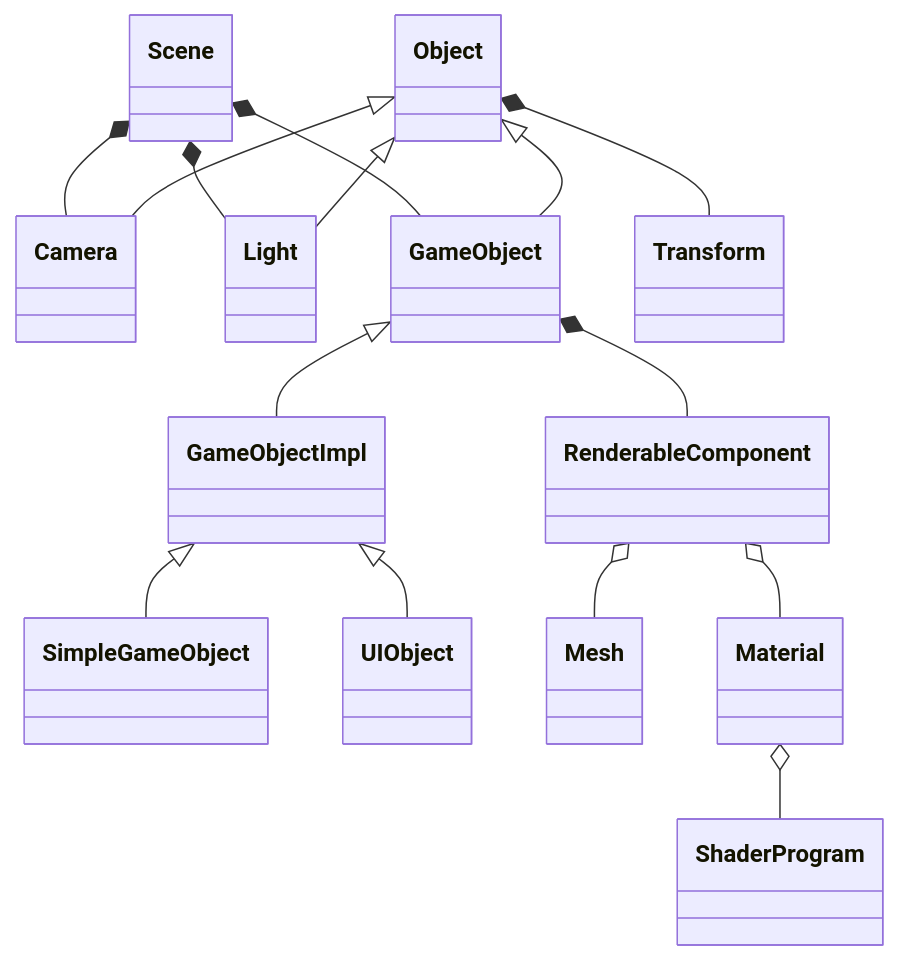
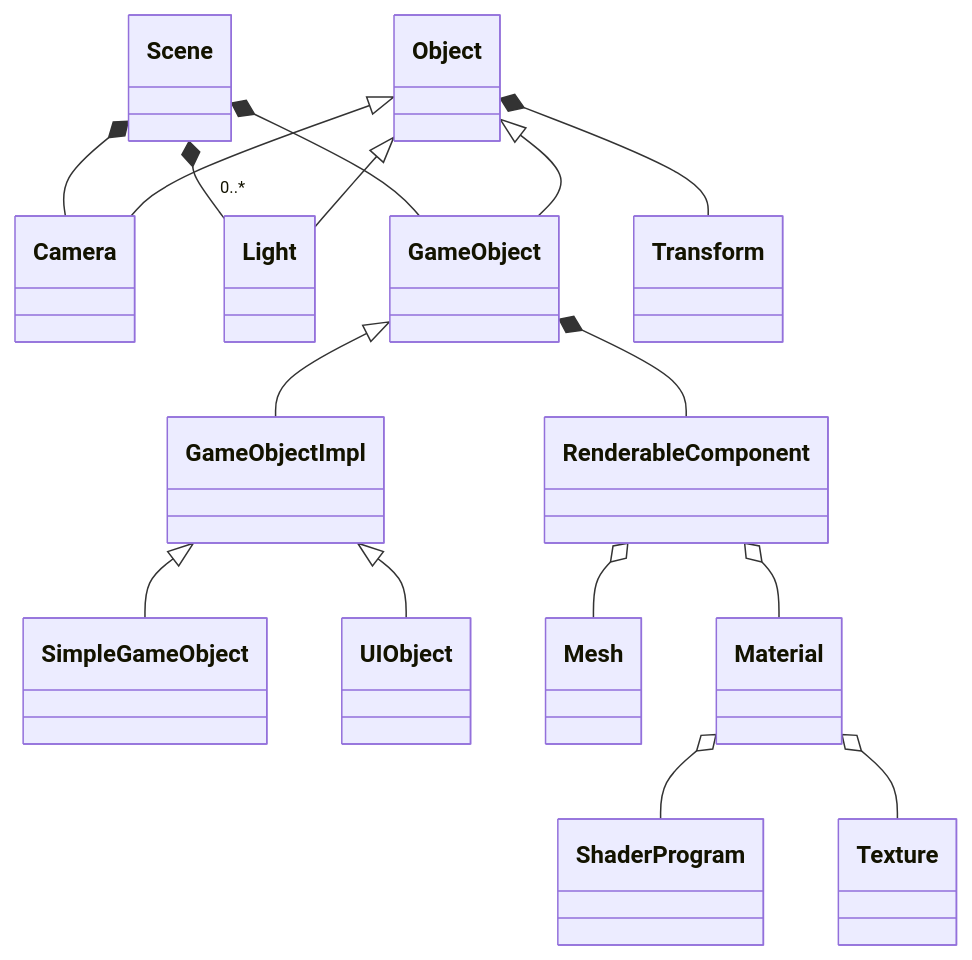
One commit to z8z6/slot changed the diagram in docs/scene/README.md. Above: the diagram before and after it, drawn with Mermaid. The commit also changed other lines of this file and 39 other files, not shown here.

````diff
--- a/docs/scene/README.md
+++ b/docs/scene/README.md
@@ -5,17 +5,18 @@
 ```mermaid
 classDiagram
     Scene *-- Camera
-    Scene *-- Light
+    Scene *-- "0..*" Light
     Scene *-- GameObject
     Object <|-- GameObject
     Object <|-- Camera
     Object <|-- Light
     GameObject <|-- GameObjectImpl
     GameObjectImpl <|-- SimpleGameObject
     GameObjectImpl <|-- UIObject
     Object *-- Transform
     GameObject *-- RenderableComponent
     RenderableComponent o-- Mesh
     RenderableComponent o-- Material
     Material o-- ShaderProgram
+    Material o-- Texture
 ```
````
